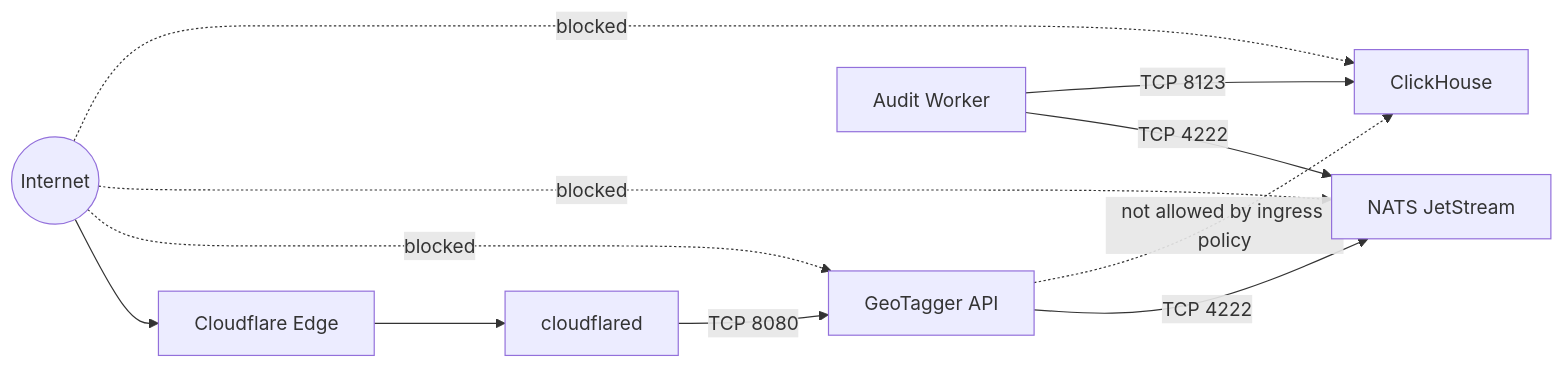
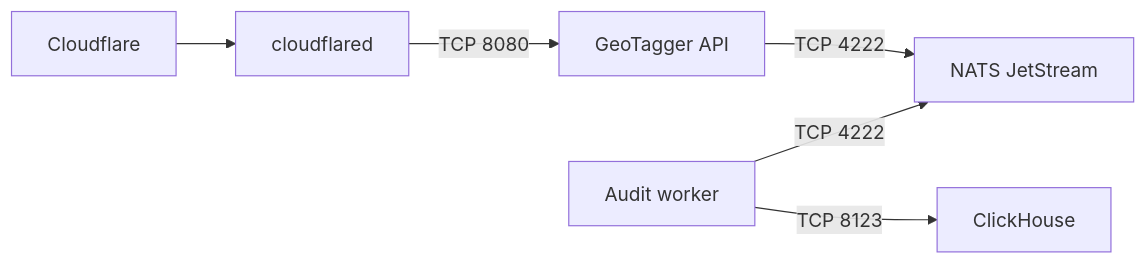
Diagram 12 of 14 in docs/KUBERNETES.md (Jstarzz/geotagger), drawn with Mermaid before and after one commit. The commit also changed other lines of this file, not shown here.

Commit message:
docs: fix Mermaid and tighten Kubernetes guide

````diff
--- a/docs/KUBERNETES.md
+++ b/docs/KUBERNETES.md
@@ -477,14 +277,8 @@
 ```mermaid
 flowchart LR
-    INTERNET((Internet)) --> CFEDGE[Cloudflare Edge]
-    CFEDGE --> CFD[cloudflared]
-    CFD -->|TCP 8080| API[GeoTagger API]
-    API -->|TCP 4222| NATS[NATS JetStream]
-    WORKER[Audit Worker] -->|TCP 4222| NATS
-    WORKER -->|TCP 8123| CH[ClickHouse]
-
-    INTERNET -. blocked .-> API
-    INTERNET -. blocked .-> NATS
-    INTERNET -. blocked .-> CH
-    API -. not allowed by ingress policy .-> CH
+    EDGE["Cloudflare"] --> CFD["cloudflared"]
+    CFD -->|"TCP 8080"| API["GeoTagger API"]
+    API -->|"TCP 4222"| NATS["NATS JetStream"]
+    WORKER["Audit worker"] -->|"TCP 4222"| NATS
+    WORKER -->|"TCP 8123"| CH["ClickHouse"]
 ```
````
